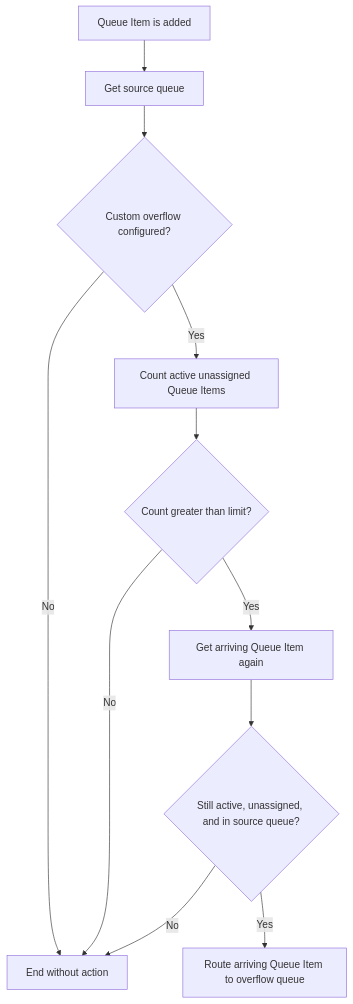
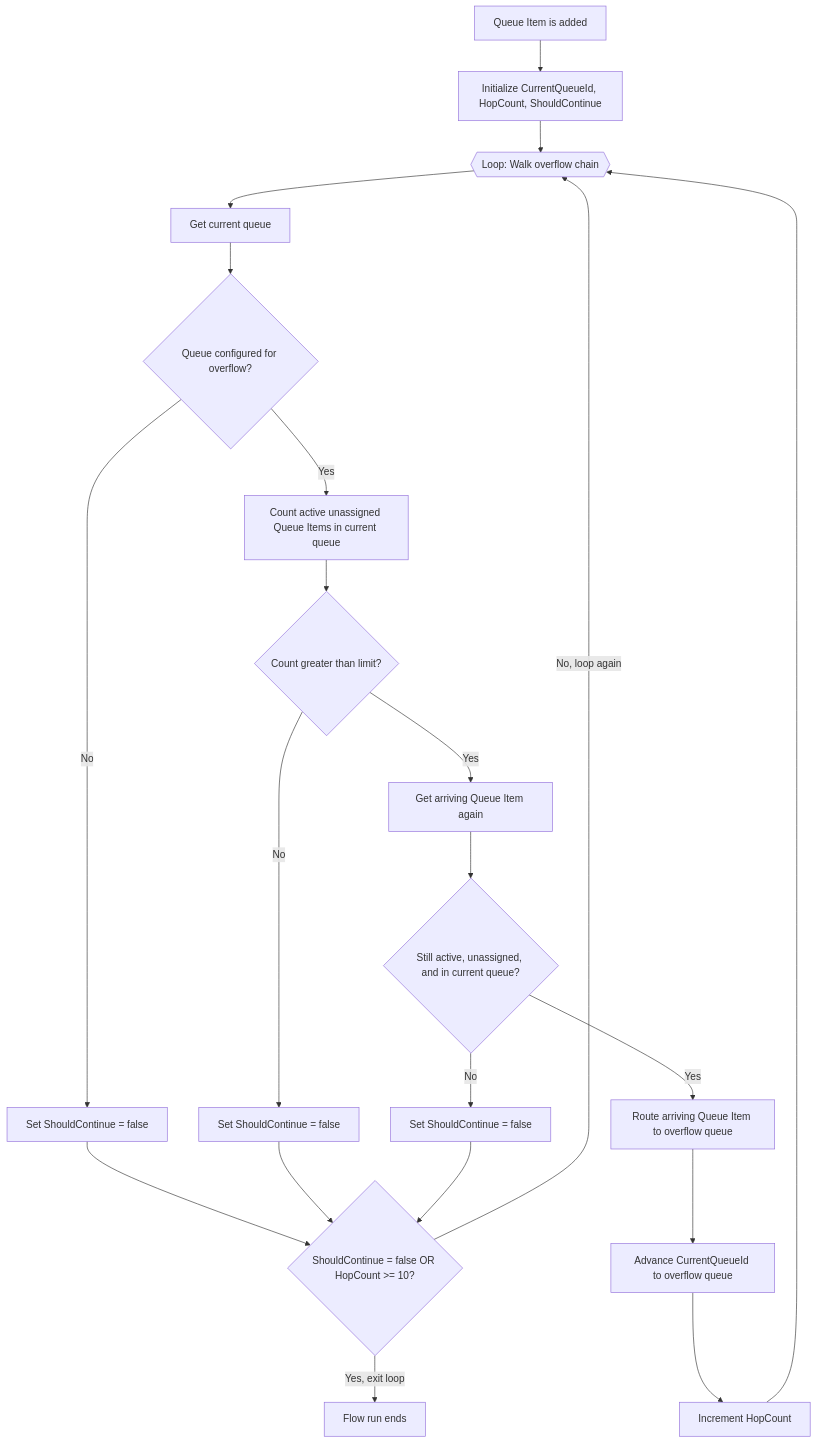
The diagram in README.md (danieag/overflow-management-record-routing), drawn with Mermaid before and after one commit. The commit also changed other lines of this file and 1 other file, not shown here.

Commit message:
feat: add cascading overflow through multiple queues (v1.1.0.0)

````diff
--- a/README.md
+++ b/README.md
@@ -119,13 +131,23 @@
 ```mermaid
 flowchart TD
-    A[Queue Item is added] --> B[Get source queue]
-    B --> C{Custom overflow configured?}
-    C -- No --> Z[End without action]
-    C -- Yes --> D[Count active unassigned Queue Items]
-    D --> E{Count greater than limit?}
-    E -- No --> Z
-    E -- Yes --> F[Get arriving Queue Item again]
-    F --> G{Still active, unassigned, and in source queue?}
-    G -- No --> Z
-    G -- Yes --> H[Route arriving Queue Item to overflow queue]
+    A[Queue Item is added] --> B[Initialize CurrentQueueId, HopCount, ShouldContinue]
+    B --> L{{Loop: Walk overflow chain}}
+    L --> C[Get current queue]
+    C --> D{Queue configured for overflow?}
+    D -- No --> Stop1[Set ShouldContinue = false]
+    D -- Yes --> E[Count active unassigned Queue Items in current queue]
+    E --> F{Count greater than limit?}
+    F -- No --> Stop2[Set ShouldContinue = false]
+    F -- Yes --> G[Get arriving Queue Item again]
+    G --> H{Still active, unassigned, and in current queue?}
+    H -- No --> Stop3[Set ShouldContinue = false]
+    H -- Yes --> I[Route arriving Queue Item to overflow queue]
+    I --> J[Advance CurrentQueueId to overflow queue]
+    J --> K[Increment HopCount]
+    K --> L
+    Stop1 --> End{ShouldContinue = false OR HopCount >= 10?}
+    Stop2 --> End
+    Stop3 --> End
+    End -- No, loop again --> L
+    End -- Yes, exit loop --> Z[Flow run ends]
 ```
````
